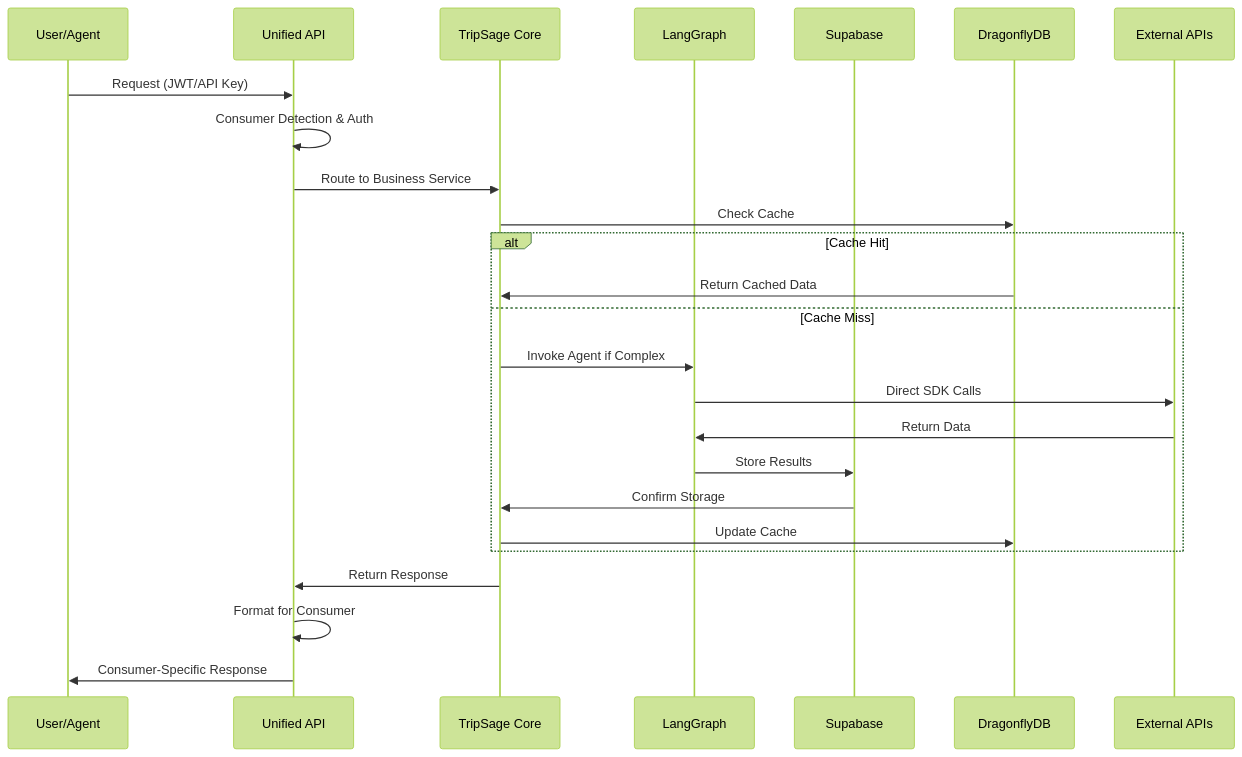
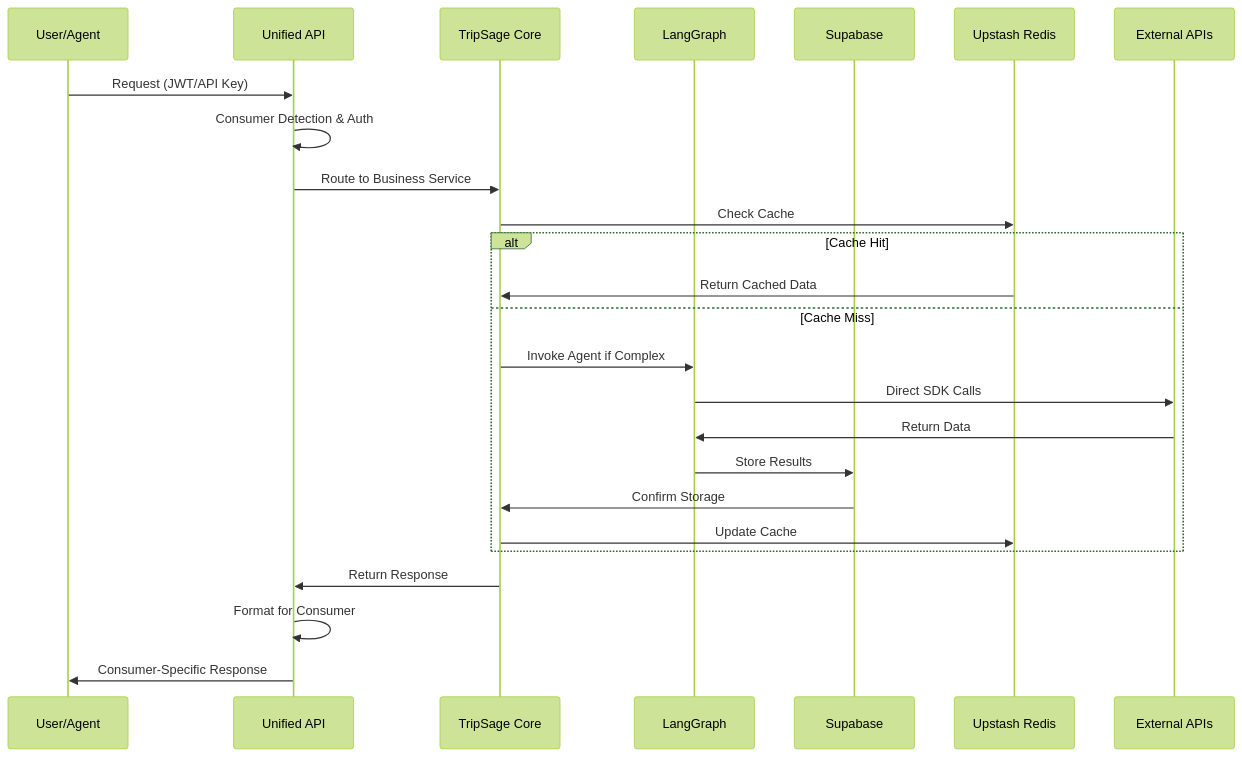
Before and after one commit to BjornMelin/tripsage-ai: the second of 2 diagrams in docs/architecture/system-overview.md, drawn with Mermaid (forest theme). The commit also changed other lines of this file and 14 other files, not shown here.

First line of the commit message:
chore: migrate from DragonflyDB to Upstash Redis for caching

````diff
--- a/docs/architecture/system-overview.md
+++ b/docs/architecture/system-overview.md
@@ -175,30 +178,30 @@
 ```mermaid
 sequenceDiagram
     participant U as User/Agent
     participant API as Unified API
     participant Core as TripSage Core
     participant LG as LangGraph
     participant DB as Supabase
-    participant Cache as DragonflyDB
+    participant Cache as Upstash Redis
     participant Ext as External APIs
 
     U->>API: Request (JWT/API Key)
     API->>API: Consumer Detection & Auth
     API->>Core: Route to Business Service
     Core->>Cache: Check Cache
     
     alt Cache Hit
         Cache->>Core: Return Cached Data
     else Cache Miss
         Core->>LG: Invoke Agent if Complex
         LG->>Ext: Direct SDK Calls
         Ext->>LG: Return Data
         LG->>DB: Store Results
         DB->>Core: Confirm Storage
         Core->>Cache: Update Cache
     end
     
     Core->>API: Return Response
     API->>API: Format for Consumer
     API->>U: Consumer-Specific Response
 ```
````
